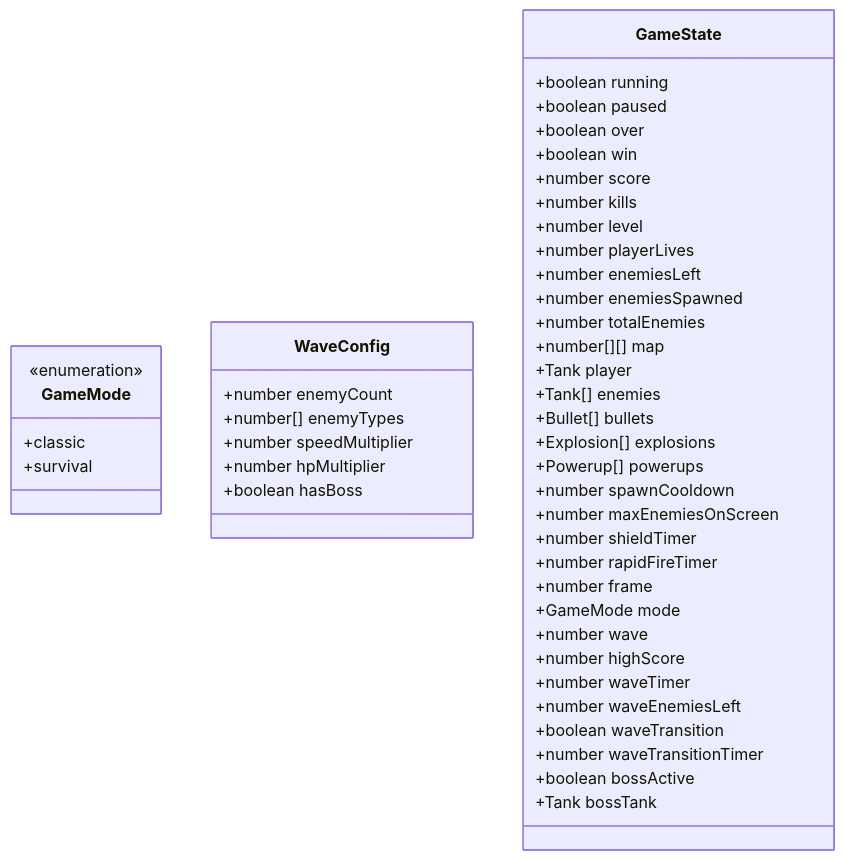
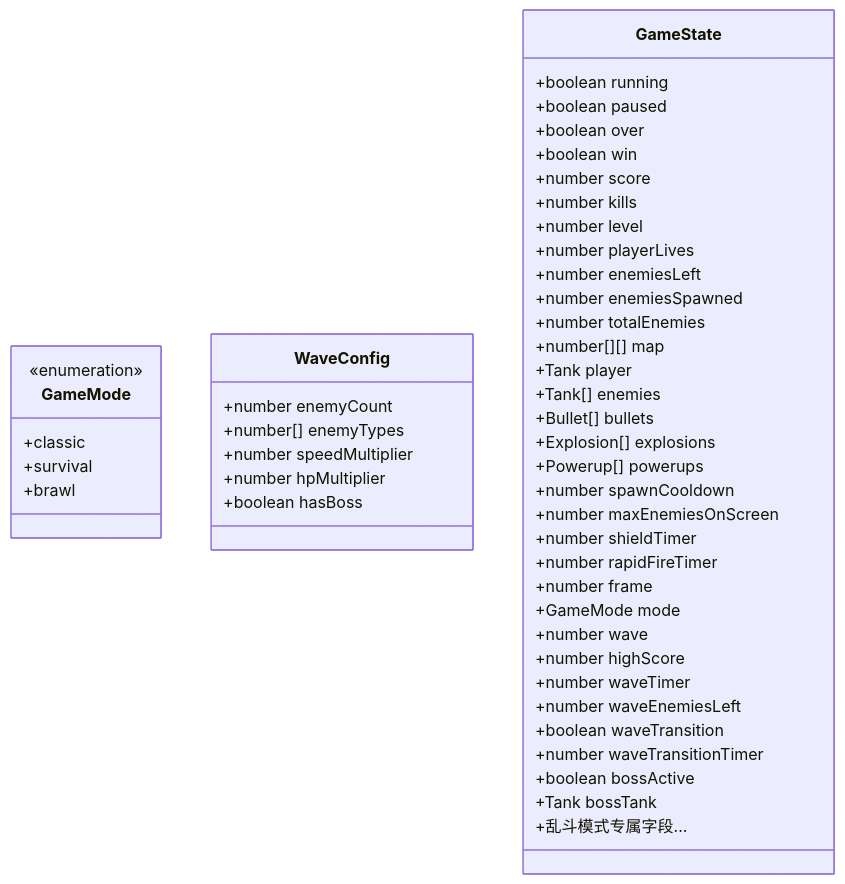
The second of 10 diagrams in .qoder/repowiki/zh/content/游戏机制/游戏模式系统.md (mrancc/reimagined-journey), drawn with Mermaid before and after one commit. The commit also changed other lines of this file and 8 other files, not shown here.

````diff
--- a/.qoder/repowiki/zh/content/游戏机制/游戏模式系统.md
+++ b/.qoder/repowiki/zh/content/游戏机制/游戏模式系统.md
@@ -76,48 +78,50 @@
 ```mermaid
 classDiagram
 class GameMode {
 <<enumeration>>
 +classic
 +survival
++brawl
 }
 class WaveConfig {
 +number enemyCount
 +number[] enemyTypes
 +number speedMultiplier
 +number hpMultiplier
 +boolean hasBoss
 }
 class GameState {
 +boolean running
 +boolean paused
 +boolean over
 +boolean win
 +number score
 +number kills
 +number level
 +number playerLives
 +number enemiesLeft
 +number enemiesSpawned
 +number totalEnemies
 +number[][] map
 +Tank player
 +Tank[] enemies
 +Bullet[] bullets
 +Explosion[] explosions
 +Powerup[] powerups
 +number spawnCooldown
 +number maxEnemiesOnScreen
 +number shieldTimer
 +number rapidFireTimer
 +number frame
 +GameMode mode
 +number wave
 +number highScore
 +number waveTimer
 +number waveEnemiesLeft
 +boolean waveTransition
 +number waveTransitionTimer
 +boolean bossActive
 +Tank bossTank
++乱斗模式专属字段...
 }
 ```
````
